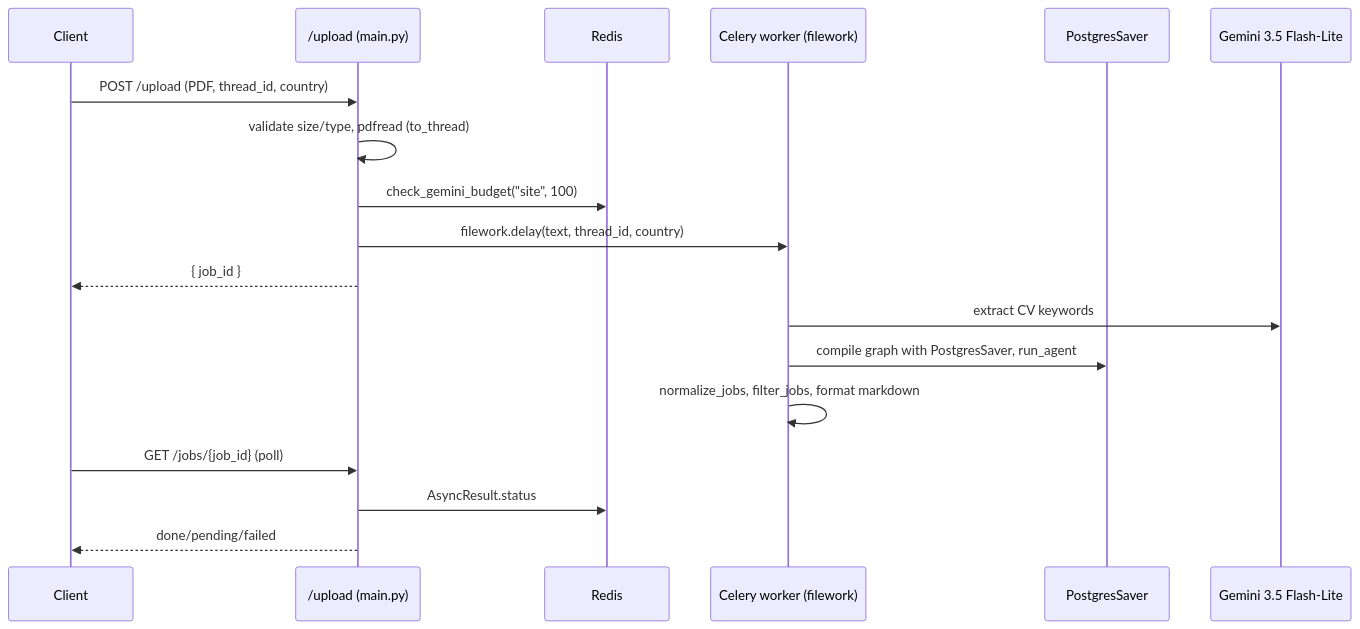
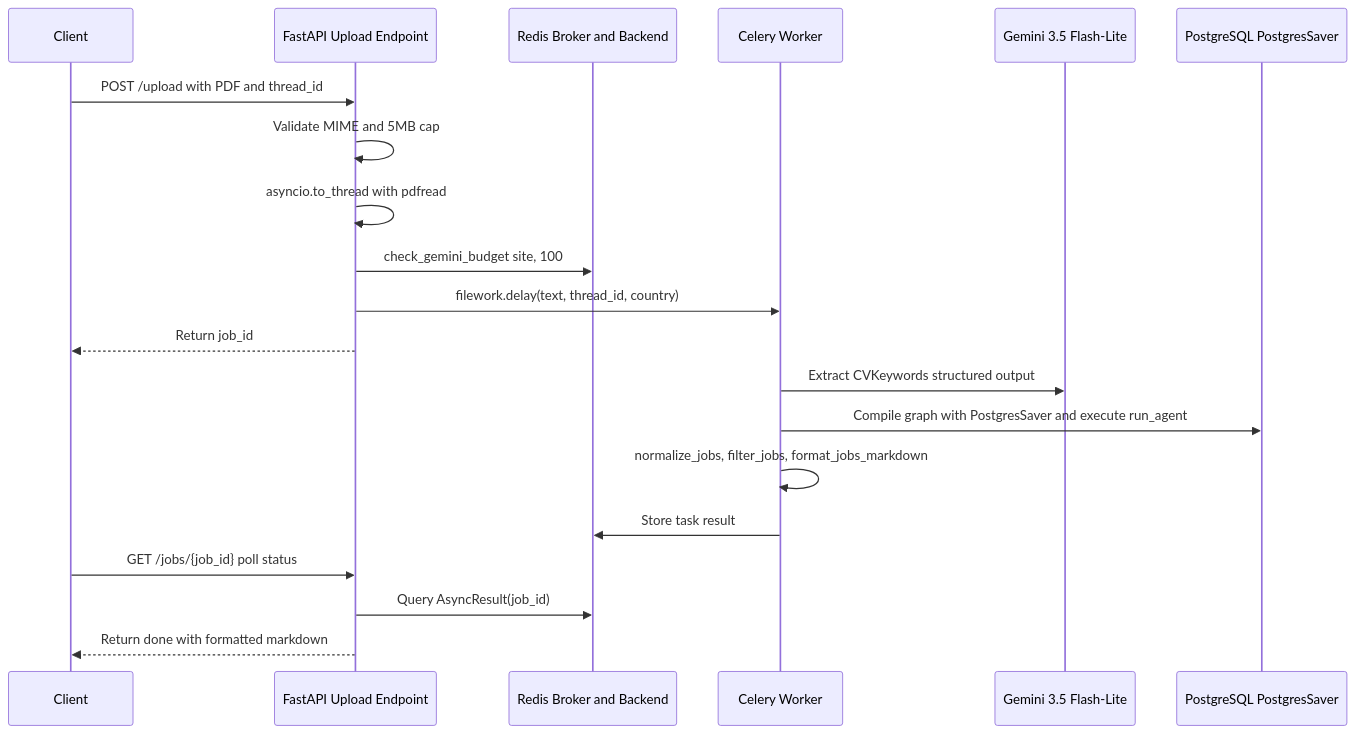
The second of 2 diagrams in openwiki/architecture/overview.md (tsouk88/job-search-agent), drawn with Mermaid before and after one commit. The commit also changed other lines of this file and 36 other files, not shown here.

````diff
--- a/openwiki/architecture/overview.md
+++ b/openwiki/architecture/overview.md
@@ -188,21 +248,23 @@
 ```mermaid
 sequenceDiagram
-    participant C as Client
-    participant API as /upload (main.py)
-    participant R as Redis
-    participant W as Celery worker (filework)
-    participant PG as PostgresSaver
+    participant Client
+    participant FastAPI as FastAPI Upload Endpoint
+    participant Redis as Redis Broker and Backend
+    participant Worker as Celery Worker
     participant LLM as Gemini 3.5 Flash-Lite
+    participant PG as PostgreSQL PostgresSaver
 
-    C->>API: POST /upload (PDF, thread_id, country)
-    API->>API: validate size/type, pdfread (to_thread)
-    API->>R: check_gemini_budget("site", 100)
-    API->>W: filework.delay(text, thread_id, country)
-    API-->>C: { job_id }
-    W->>LLM: extract CV keywords
-    W->>PG: compile graph with PostgresSaver, run_agent
-    W->>W: normalize_jobs, filter_jobs, format markdown
-    C->>API: GET /jobs/{job_id} (poll)
-    API->>R: AsyncResult.status
-    API-->>C: done/pending/failed
+    Client->>FastAPI: POST /upload with PDF and thread_id
+    FastAPI->>FastAPI: Validate MIME and 5MB cap
+    FastAPI->>FastAPI: asyncio.to_thread with pdfread
+    FastAPI->>Redis: check_gemini_budget site, 100
+    FastAPI->>Worker: filework.delay(text, thread_id, country)
+    FastAPI-->>Client: Return job_id
+    Worker->>LLM: Extract CVKeywords structured output
+    Worker->>PG: Compile graph with PostgresSaver and execute run_agent
+    Worker->>Worker: normalize_jobs, filter_jobs, format_jobs_markdown
+    Worker->>Redis: Store task result
+    Client->>FastAPI: GET /jobs/{job_id} poll status
+    FastAPI->>Redis: Query AsyncResult(job_id)
+    FastAPI-->>Client: Return done with formatted markdown
 ```
````
